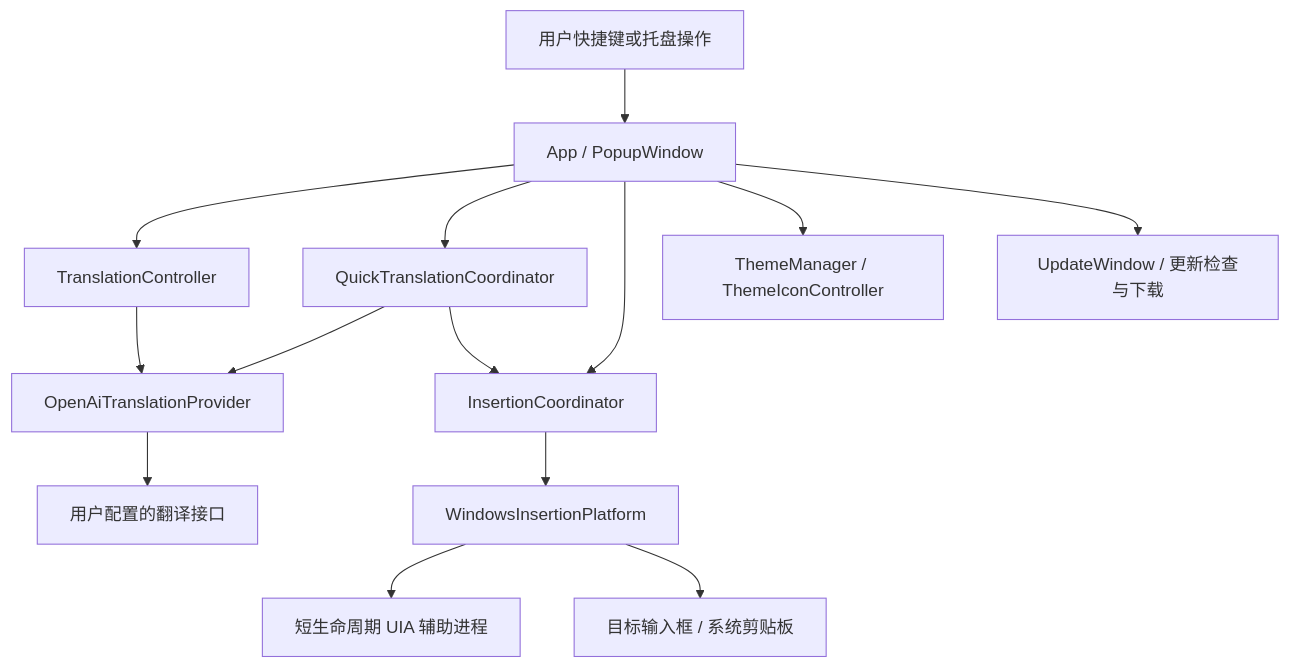
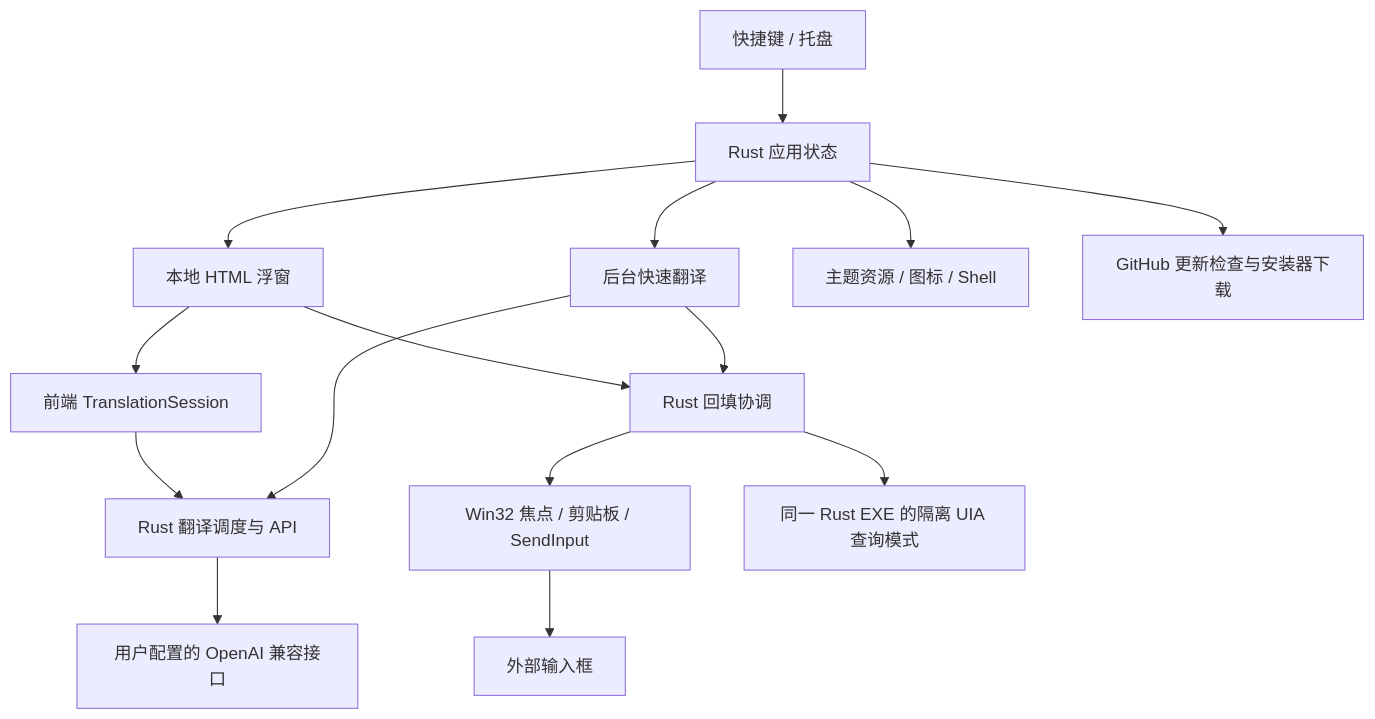
The first of 2 diagrams in docs/technical-design.md (whoarei/suiyi), drawn with Mermaid before and after one commit. The commit also changed other lines of this file and 42 other files, not shown here.

````diff
--- a/docs/technical-design.md
+++ b/docs/technical-design.md
@@ -38,16 +22,17 @@
 ```mermaid
 flowchart TB
-    User[用户快捷键或托盘操作] --> App[App / PopupWindow]
-    App --> Controller[TranslationController]
-    App --> Quick[QuickTranslationCoordinator]
-    Controller --> Provider[OpenAiTranslationProvider]
-    Quick --> Provider
-    Provider --> API[用户配置的翻译接口]
-    App --> Insert[InsertionCoordinator]
+    User[快捷键 / 托盘] --> App[Rust 应用状态]
+    App --> Popup[本地 HTML 浮窗]
+    Popup --> Session[前端 TranslationSession]
+    Session --> Translate[Rust 翻译调度与 API]
+    App --> Quick[后台快速翻译]
+    Quick --> Translate
+    Translate --> API[用户配置的 OpenAI 兼容接口]
+    Popup --> Insert[Rust 回填协调]
     Quick --> Insert
-    Insert --> Platform[WindowsInsertionPlatform]
-    Platform --> Probe[短生命周期 UIA 辅助进程]
-    Platform --> Target[目标输入框 / 系统剪贴板]
-    App --> Theme[ThemeManager / ThemeIconController]
-    App --> Update[UpdateWindow / 更新检查与下载]
+    Insert --> Win32[Win32 焦点 / 剪贴板 / SendInput]
+    Insert --> Probe[同一 Rust EXE 的隔离 UIA 查询模式]
+    Win32 --> Target[外部输入框]
+    App --> Theme[主题资源 / 图标 / Shell]
+    App --> Update[GitHub 更新检查与安装器下载]
 ```
````
